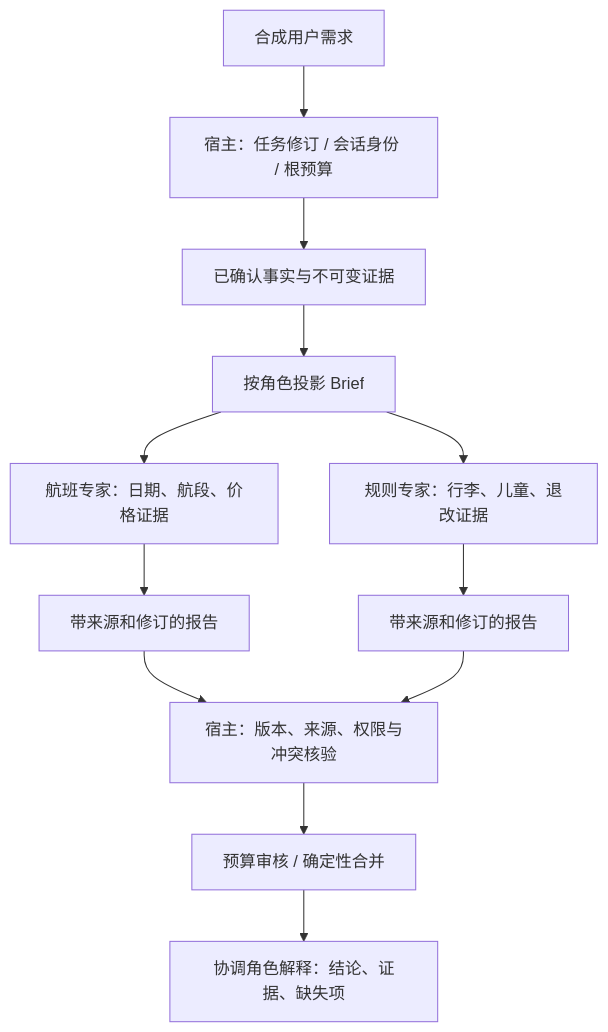
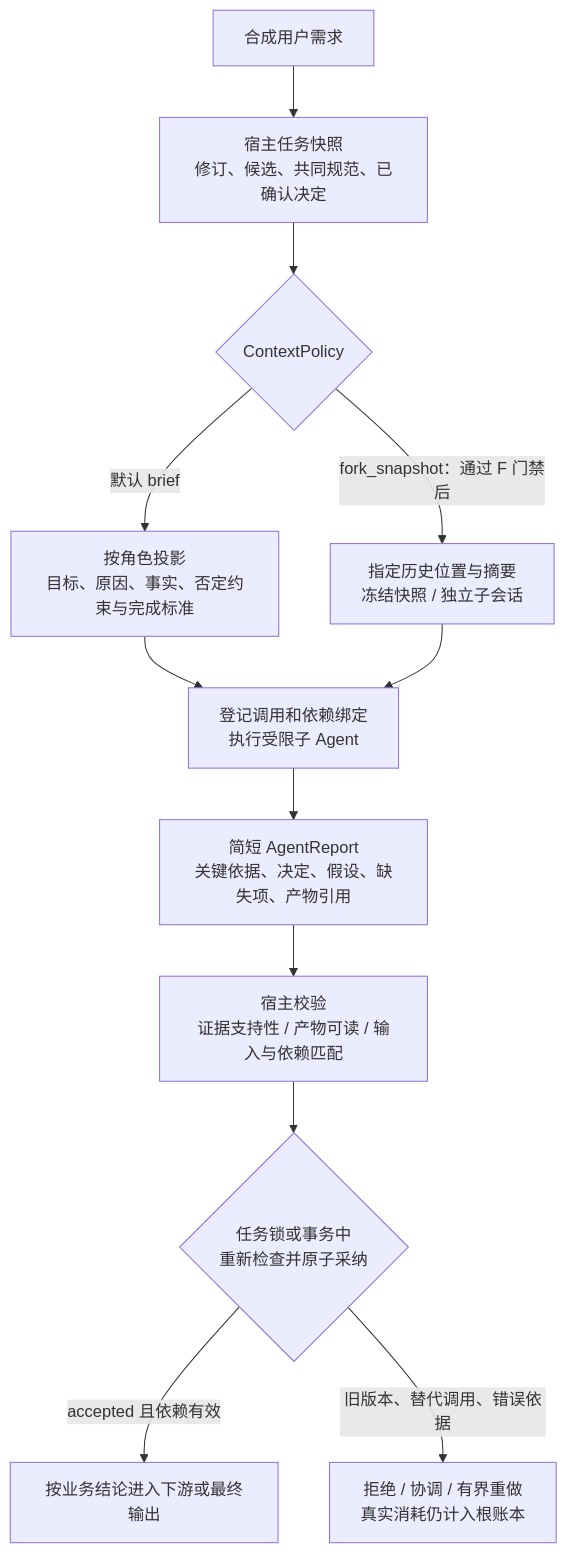
Before and after one commit to kart-io/goagent-examples: the first of 2 diagrams in docs/research/2026-11-01-multi-agent-context.md, drawn with Mermaid. The commit also changed other lines of this file, not shown here.

Commit message:
docs(context): define brief fork report and adoption contracts

````diff
--- a/docs/research/2026-11-01-multi-agent-context.md
+++ b/docs/research/2026-11-01-multi-agent-context.md
@@ -89,14 +99,14 @@
 ```mermaid
 flowchart TD
-  USER["合成用户需求"] --> HOST["宿主：任务修订 / 会话身份 / 根预算"]
-  HOST --> FACTS["已确认事实与不可变证据"]
-  FACTS --> PROJECT["按角色投影 Brief"]
-  PROJECT --> FLIGHT["航班专家：日期、航段、价格证据"]
-  PROJECT --> POLICY["规则专家：行李、儿童、退改证据"]
-  FLIGHT --> REPORT1["带来源和修订的报告"]
-  POLICY --> REPORT2["带来源和修订的报告"]
-  REPORT1 --> CHECK["宿主：版本、来源、权限与冲突核验"]
-  REPORT2 --> CHECK
-  CHECK --> BUDGET["预算审核 / 确定性合并"]
-  BUDGET --> ANSWER["协调角色解释：结论、证据、缺失项"]
+  USER["合成用户需求"] --> SNAP["宿主任务快照<br/>修订、候选、共同规范、已确认决定"]
+  SNAP --> POLICY{"ContextPolicy"}
+  POLICY -->|"默认 brief"| BRIEF["按角色投影<br/>目标、原因、事实、否定约束与完成标准"]
+  POLICY -->|"fork_snapshot：通过 F 门禁后"| FORK["指定历史位置与摘要<br/>冻结快照 / 独立子会话"]
+  BRIEF --> INVOKE["登记调用和依赖绑定<br/>执行受限子 Agent"]
+  FORK --> INVOKE
+  INVOKE --> REPORT["简短 AgentReport<br/>关键依据、决定、假设、缺失项、产物引用"]
+  REPORT --> VERIFY["宿主校验<br/>证据支持性 / 产物可读 / 输入与依赖匹配"]
+  VERIFY --> ADOPT{"任务锁或事务中<br/>重新检查并原子采纳"}
+  ADOPT -->|"accepted 且依赖有效"| ROUTE["按业务结论进入下游或最终输出"]
+  ADOPT -->|"旧版本、替代调用、错误依据"| REJECT["拒绝 / 协调 / 有界重做<br/>真实消耗仍计入根账本"]
 ```
````
